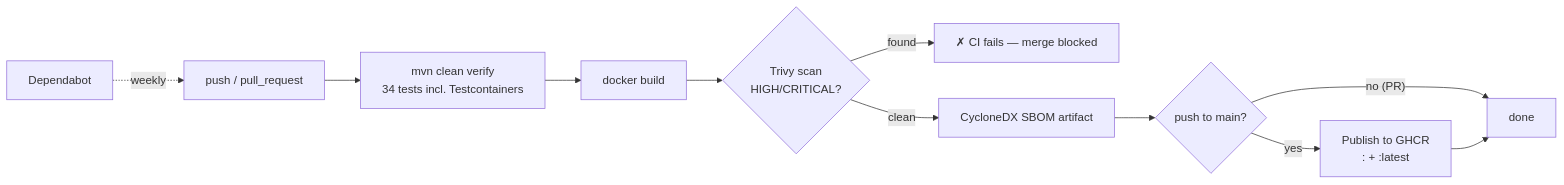
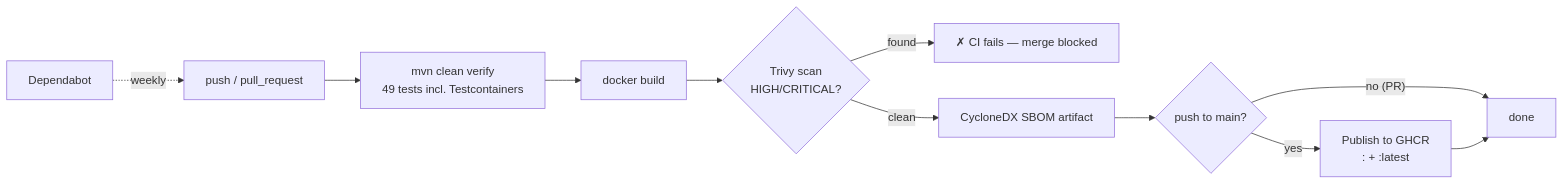
The fifth of 5 diagrams in README.md (1046prt/rate), drawn with Mermaid before and after one commit. The commit also changed other lines of this file and 12 other files, not shown here.

````diff
--- a/README.md
+++ b/README.md
@@ -145,13 +145,13 @@
 ```mermaid
 flowchart LR
-    PUSH["push / pull_request"] --> MVN["mvn clean verify\n34 tests incl. Testcontainers"]
+    PUSH["push / pull_request"] --> MVN["mvn clean verify\n49 tests incl. Testcontainers"]
     MVN --> DOCKER["docker build"]
     DOCKER --> TRIVY{"Trivy scan\nHIGH/CRITICAL?"}
     TRIVY -->|"found"| FAIL["✗ CI fails — merge blocked"]
     TRIVY -->|"clean"| SBOM["CycloneDX SBOM artifact"]
     SBOM --> PUB{"push to main?"}
     PUB -->|"yes"| GHCR["Publish to GHCR\n:<sha> + :latest"]
     PUB -->|"no (PR)"| DONE["done"]
     GHCR --> DONE
     Dependabot -. weekly .-> PUSH
 ```
````
